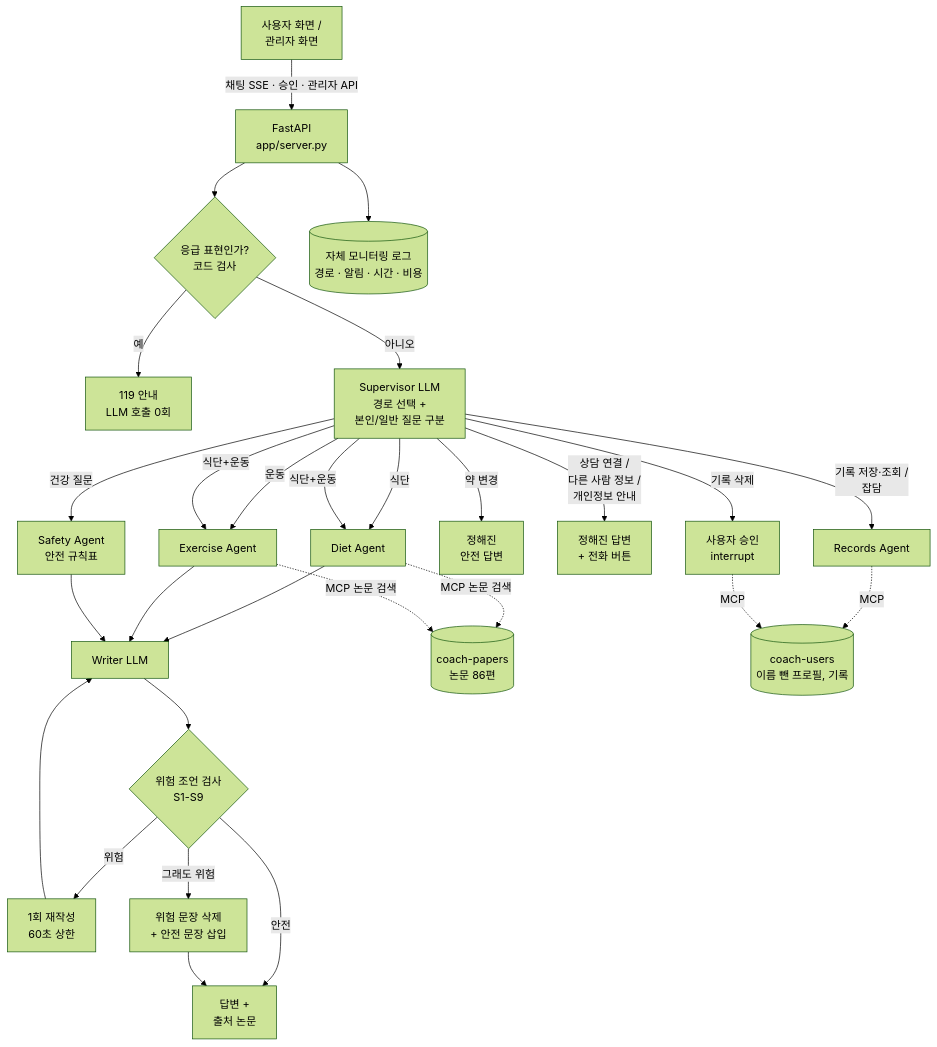
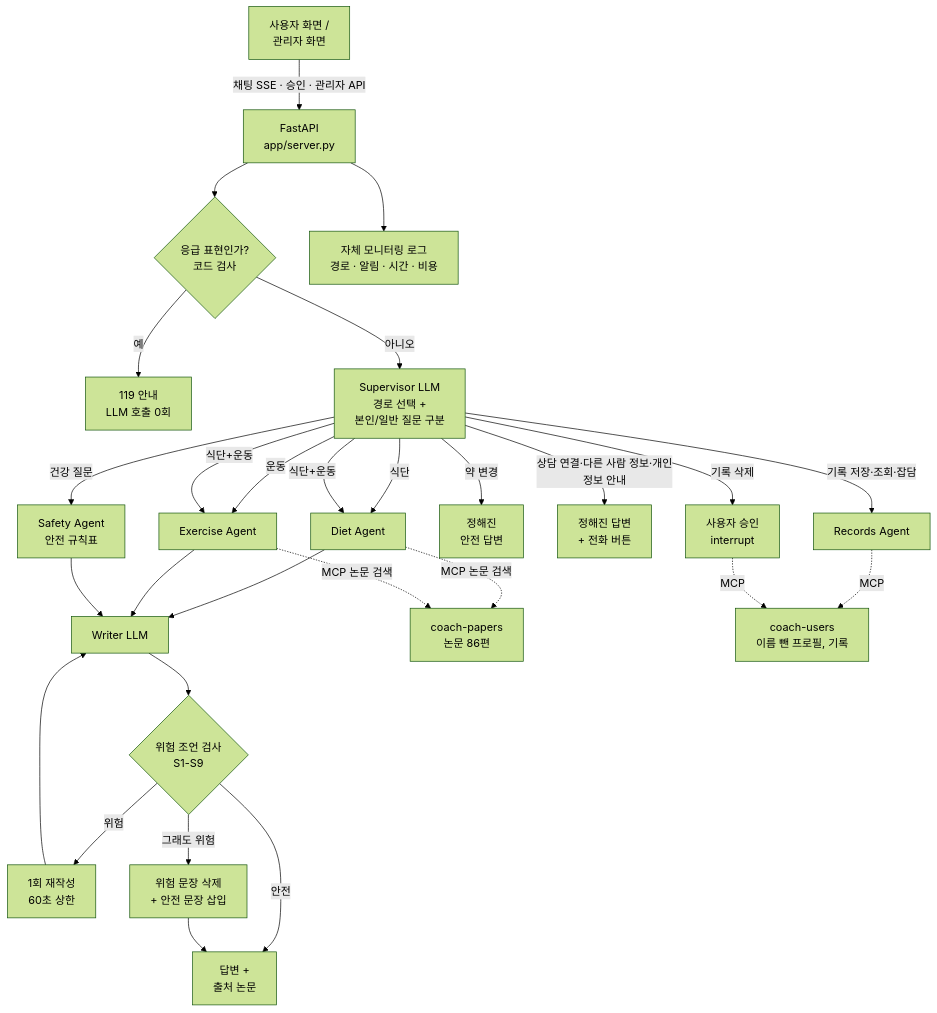
One commit to sihunwang-skala/health-coach-multi-agent changed the first of 2 diagrams in docs/REPORT.md. Above: the diagram before and after it, drawn with Mermaid (forest theme). The commit also changed other lines of this file and 23 other files, not shown here.

````diff
--- a/docs/REPORT.md
+++ b/docs/REPORT.md
@@ -59,27 +66,28 @@
 ```mermaid
 flowchart TD
-  U[사용자 화면 /<br/>관리자 화면] -->|채팅 SSE · 승인 · 관리자 API| API[FastAPI<br/>app/server.py]
-  API --> G{응급 표현인가?<br/>코드 검사}
-  G -->|예| EM[119 안내<br/>LLM 호출 0회]
-  G -->|아니오| S[Supervisor LLM<br/>경로 선택 +<br/>본인/일반 질문 구분]
-  S -->|식단| DA[Diet Agent]
-  S -->|운동| EA[Exercise Agent]
-  S -->|식단+운동| DA & EA
-  S -->|건강 질문| SA[Safety Agent<br/>안전 규칙표]
-  S -->|약 변경| MC[정해진<br/>안전 답변]
-  S -->|상담 연결 /<br/>다른 사람 정보 /<br/>개인정보 안내| FX[정해진 답변<br/>+ 전화 버튼]
-  S -->|기록 저장·조회 /<br/>잡담| RC[Records Agent]
-  S -->|기록 삭제| HD[사용자 승인<br/>interrupt]
-  DA --> W[Writer LLM]
+  U["사용자 화면 /<br/>관리자 화면"] -->|채팅 SSE · 승인 · 관리자 API| API["FastAPI<br/>app/server.py"]
+  API --> G{"응급 표현인가?<br/>코드 검사"}
+  G -->|예| EM["119 안내<br/>LLM 호출 0회"]
+  G -->|아니오| S["Supervisor LLM<br/>경로 선택 +<br/>본인/일반 질문 구분"]
+  S -->|식단| DA["Diet Agent"]
+  S -->|운동| EA["Exercise Agent"]
+  S -->|식단+운동| DA
+  S -->|식단+운동| EA
+  S -->|건강 질문| SA["Safety Agent<br/>안전 규칙표"]
+  S -->|약 변경| MC["정해진<br/>안전 답변"]
+  S -->|상담 연결·다른 사람 정보·개인정보 안내| FX["정해진 답변<br/>+ 전화 버튼"]
+  S -->|기록 저장·조회·잡담| RC["Records Agent"]
+  S -->|기록 삭제| HD["사용자 승인<br/>interrupt"]
+  DA --> W["Writer LLM"]
   EA --> W
   SA --> W
-  W --> V{위험 조언 검사<br/>S1-S9}
-  V -->|안전| OUT[답변 +<br/>출처 논문]
-  V -->|위험| RT[1회 재작성<br/>60초 상한] --> W
-  V -->|그래도 위험| RM[위험 문장 삭제<br/>+ 안전 문장 삽입] --> OUT
-  DA -. MCP 논문 검색 .-> P[(coach-papers<br/>논문 86편)]
+  W --> V{"위험 조언 검사<br/>S1-S9"}
+  V -->|안전| OUT["답변 +<br/>출처 논문"]
+  V -->|위험| RT["1회 재작성<br/>60초 상한"] --> W
+  V -->|그래도 위험| RM["위험 문장 삭제<br/>+ 안전 문장 삽입"] --> OUT
+  DA -. MCP 논문 검색 .-> P["coach-papers<br/>논문 86편"]
   EA -. MCP 논문 검색 .-> P
-  RC -. MCP .-> UDB[(coach-users<br/>이름 뺀 프로필, 기록)]
+  RC -. MCP .-> UDB["coach-users<br/>이름 뺀 프로필, 기록"]
   HD -. MCP .-> UDB
-  API --> LOG[(자체 모니터링 로그<br/>경로 · 알림 · 시간 · 비용)]
+  API --> LOG["자체 모니터링 로그<br/>경로 · 알림 · 시간 · 비용"]
 ```
````
